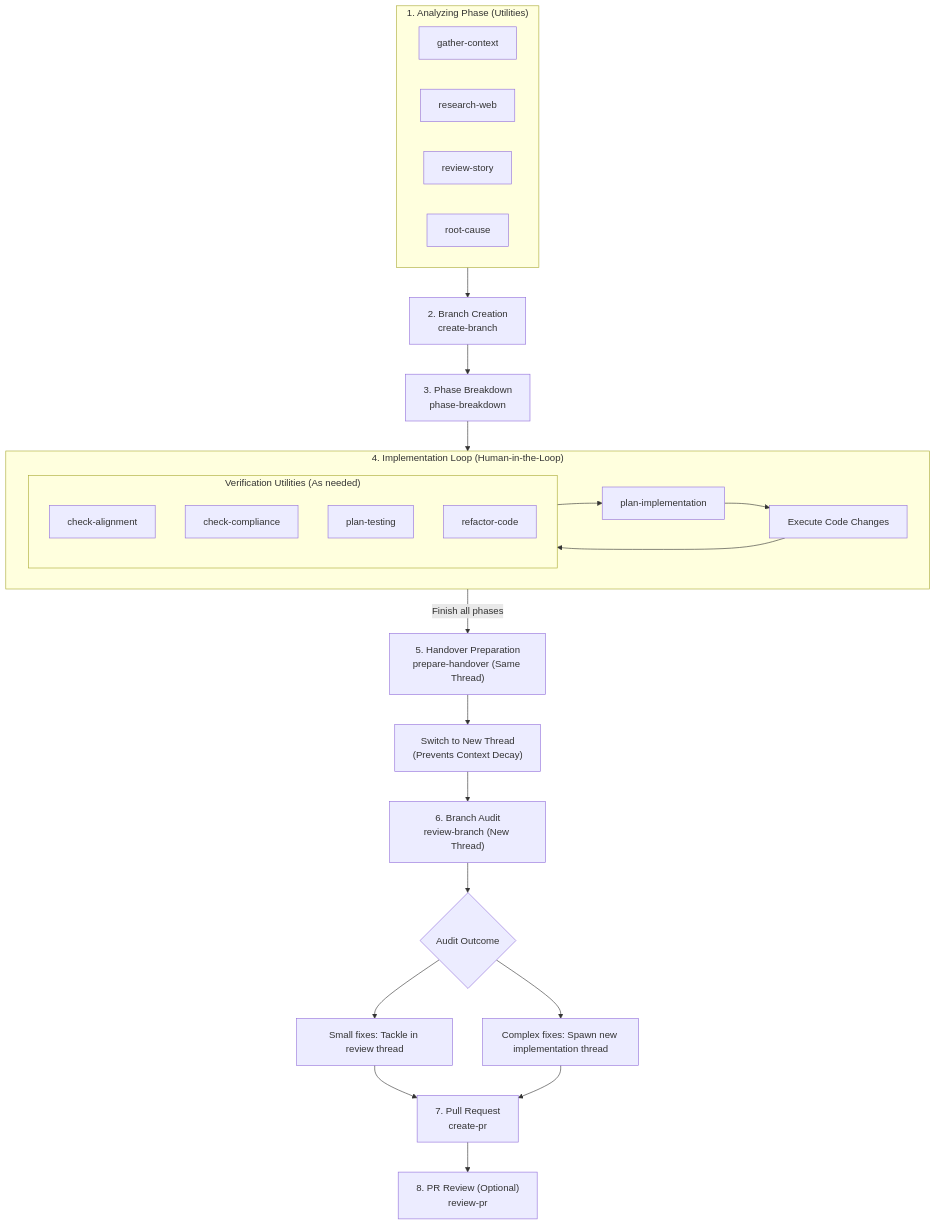
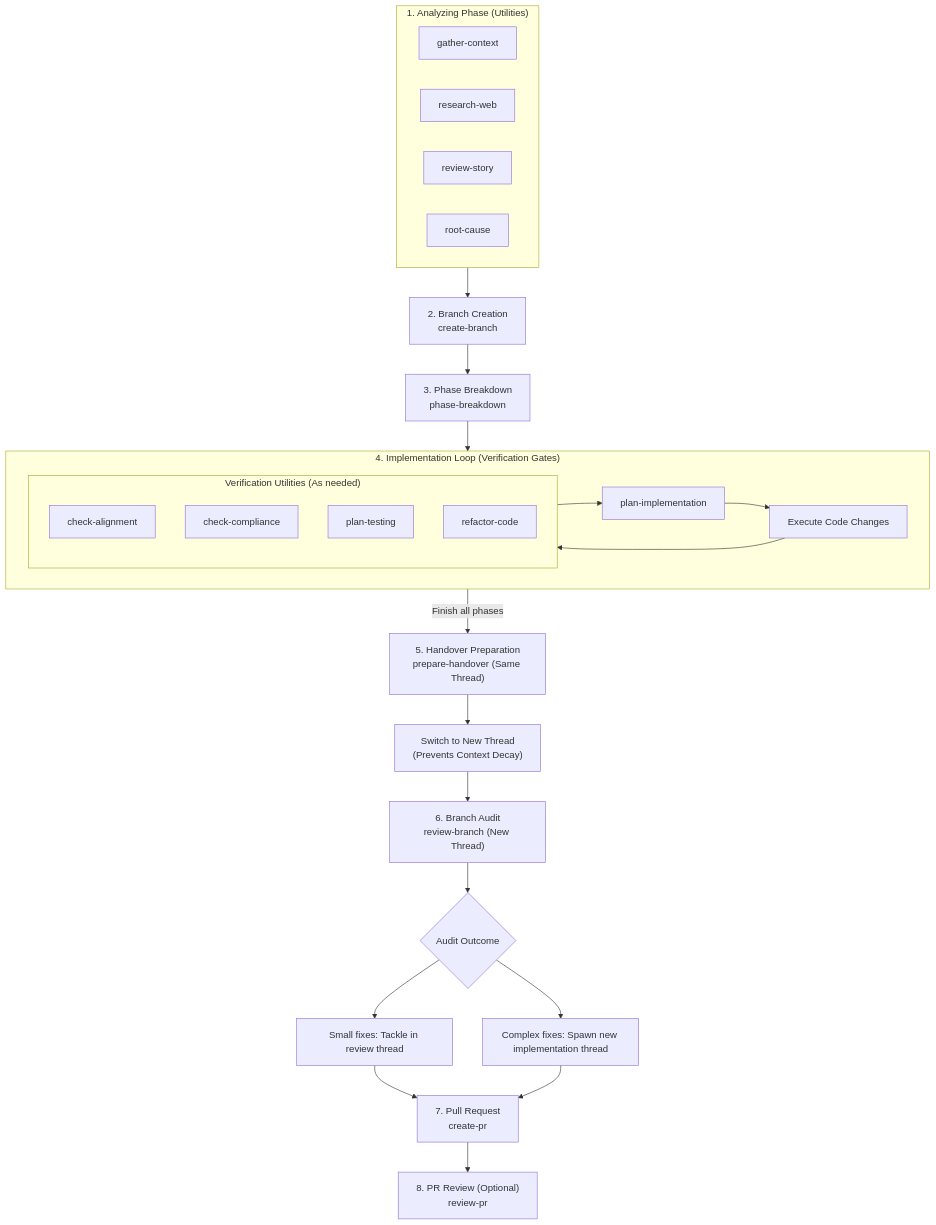
The diagram in LIFECYCLE.md (jrobertogarcia/agent-workflows), drawn with Mermaid before and after one commit. The commit also changed other lines of this file and 2 other files, not shown here.

````diff
--- a/LIFECYCLE.md
+++ b/LIFECYCLE.md
@@ -11,59 +13,59 @@
 ```mermaid
 graph TD
     %% Analyzing Phase
     subgraph Analyzing ["1. Analyzing Phase (Utilities)"]
         GC["gather-context"]
         RW["research-web"]
         RS["review-story"]
         RC["root-cause"]
     end
 
     %% Branch & Plan Phase
     CB["2. Branch Creation<br>create-branch"]
     PB["3. Phase Breakdown<br>phase-breakdown"]
     
-    subgraph Loop ["4. Implementation Loop (Human-in-the-Loop)"]
+    subgraph Loop ["4. Implementation Loop (Verification Gates)"]
         PI["plan-implementation"]
         Code["Execute Code Changes"]
         
         %% Loop Utilities
         subgraph Utilities ["Verification Utilities (As needed)"]
             CA["check-alignment"]
             CC["check-compliance"]
             PT["plan-testing"]
             RF["refactor-code"]
         end
         
         PI --> Code
         Code --> Utilities
         Utilities --> PI
     end
 
     %% Handover & Review Phase
     PH["5. Handover Preparation<br>prepare-handover (Same Thread)"]
     Switch["Switch to New Thread<br>(Prevents Context Decay)"]
     RB["6. Branch Audit<br>review-branch (New Thread)"]
     
     %% Branch Review Fixes Decisions
     Decide{"Audit Outcome"}
     FixSame["Small fixes: Tackle in review thread"]
     FixNew["Complex fixes: Spawn new implementation thread"]
     
     %% PR Release Phase
     CPR["7. Pull Request<br>create-pr"]
     RPR["8. PR Review (Optional)<br>review-pr"]
 
     %% Flow connections
     Analyzing --> CB
     CB --> PB
     PB --> Loop
     Loop -->|Finish all phases| PH
     PH --> Switch
     Switch --> RB
     RB --> Decide
     Decide --> FixSame
     Decide --> FixNew
     FixSame --> CPR
     FixNew --> CPR
     CPR --> RPR
 ```
````
